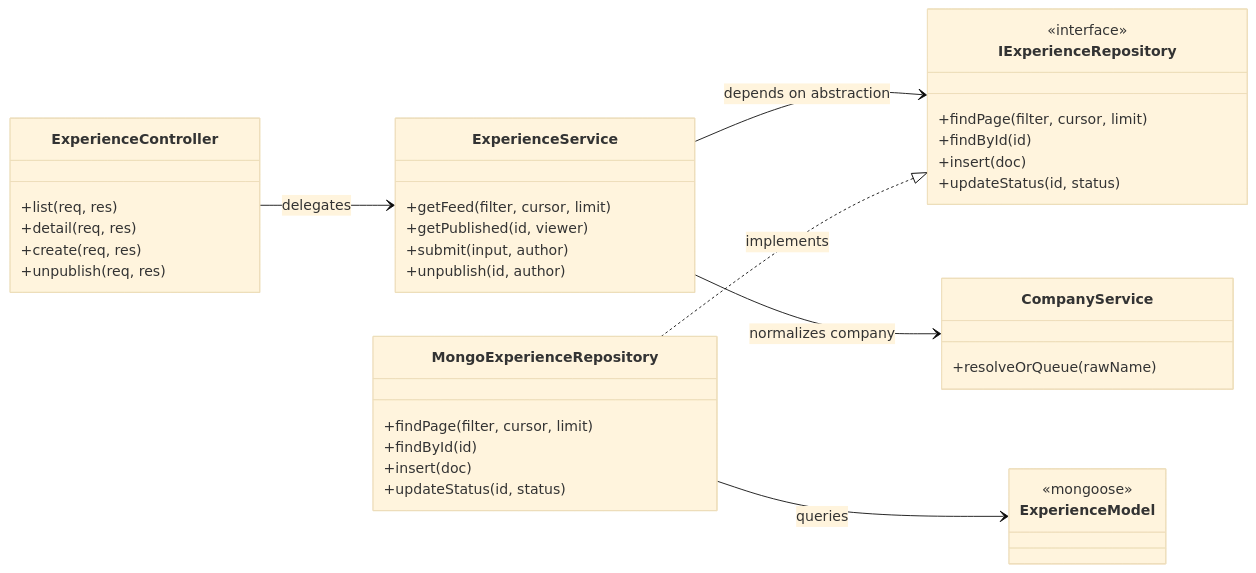
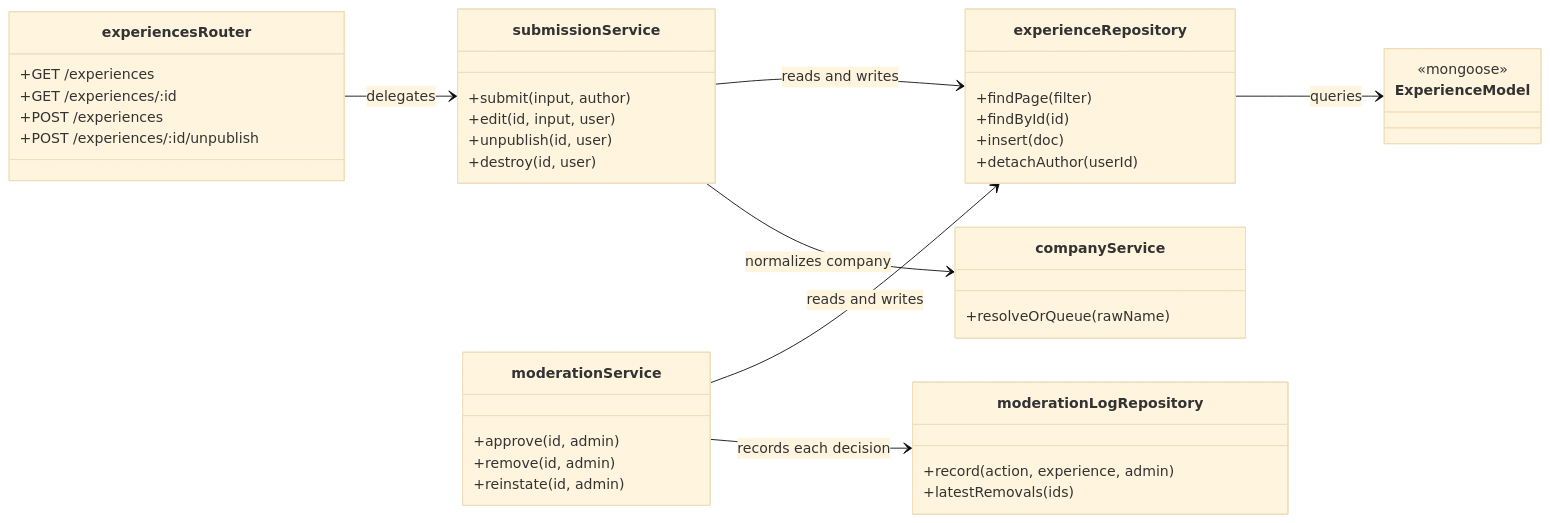
Before and after one commit to RAVIYADAV6522/PrepLens: the fourth of 7 diagrams in README.md, drawn with Mermaid (base theme). The commit also changed other lines of this file and 3 other files, not shown here.

````diff
--- a/README.md
+++ b/README.md
@@ -345,47 +362,51 @@
 ```mermaid
 classDiagram
     direction LR
 
-    class ExperienceController {
-        +list(req, res)
-        +detail(req, res)
-        +create(req, res)
-        +unpublish(req, res)
+    class experiencesRouter {
+        +GET /experiences
+        +GET /experiences/:id
+        +POST /experiences
+        +POST /experiences/:id/unpublish
     }
 
-    class ExperienceService {
-        +getFeed(filter, cursor, limit)
-        +getPublished(id, viewer)
+    class submissionService {
         +submit(input, author)
-        +unpublish(id, author)
+        +edit(id, input, user)
+        +unpublish(id, user)
+        +destroy(id, user)
     }
 
-    class IExperienceRepository {
-        <<interface>>
-        +findPage(filter, cursor, limit)
+    class moderationService {
+        +approve(id, admin)
+        +remove(id, admin)
+        +reinstate(id, admin)
+    }
+
+    class experienceRepository {
+        +findPage(filter)
         +findById(id)
         +insert(doc)
-        +updateStatus(id, status)
+        +detachAuthor(userId)
     }
 
-    class MongoExperienceRepository {
-        +findPage(filter, cursor, limit)
-        +findById(id)
-        +insert(doc)
-        +updateStatus(id, status)
+    class moderationLogRepository {
+        +record(action, experience, admin)
+        +latestRemovals(ids)
+    }
+
+    class companyService {
+        +resolveOrQueue(rawName)
     }
 
     class ExperienceModel {
         <<mongoose>>
     }
 
-    class CompanyService {
-        +resolveOrQueue(rawName)
-    }
-
-    ExperienceController --> ExperienceService : delegates
-    ExperienceService --> IExperienceRepository : depends on abstraction
-    ExperienceService --> CompanyService : normalizes company
-    MongoExperienceRepository ..|> IExperienceRepository : implements
-    MongoExperienceRepository --> ExperienceModel : queries
+    experiencesRouter --> submissionService : delegates
+    submissionService --> experienceRepository : reads and writes
+    submissionService --> companyService : normalizes company
+    moderationService --> experienceRepository : reads and writes
+    moderationService --> moderationLogRepository : records each decision
+    experienceRepository --> ExperienceModel : queries
 ```
````
